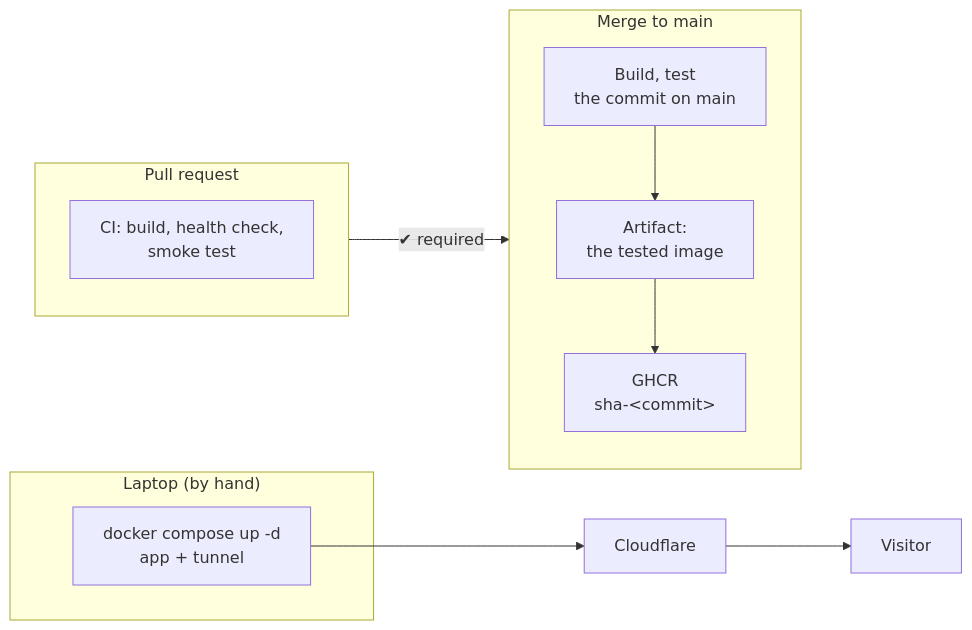
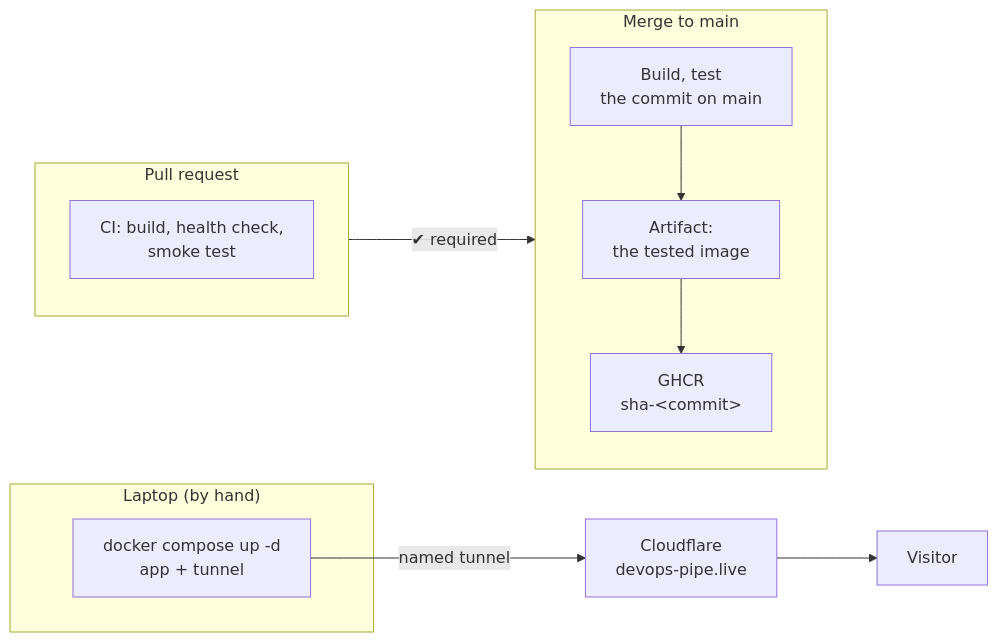
Before and after one commit to Bende-KBB/devops-lab: the third of 3 diagrams in docs/pipeline.md, drawn with Mermaid. The commit also changed 8 other files, not shown here.

````diff
--- a/docs/pipeline.md
+++ b/docs/pipeline.md
@@ -34,15 +34,15 @@
 ```mermaid
 flowchart LR
     subgraph PR["Pull request"]
         CI["CI: build, health check,<br/>smoke test"]
     end
     subgraph MAIN["Merge to main"]
         T["Build, test<br/>the commit on main"] --> A["Artifact:<br/>the tested image"]
         A --> G["GHCR<br/>sha-&lt;commit&gt;"]
     end
     PR -->|"✔ required"| MAIN
     subgraph LAPTOP["Laptop (by hand)"]
         NET["docker compose up -d<br/>app + tunnel"]
     end
-    NET --> EDGE["Cloudflare"] --> V["Visitor"]
+    NET -->|"named tunnel"| EDGE["Cloudflare<br/>devops-pipe.live"] --> V["Visitor"]
 ```
````
